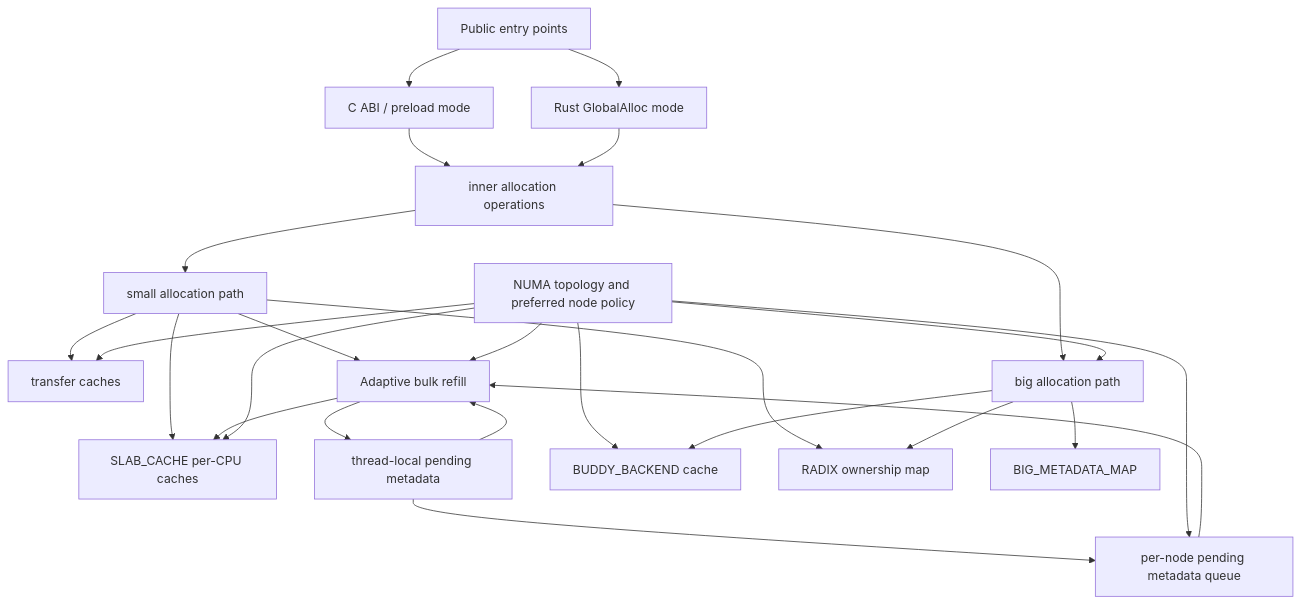
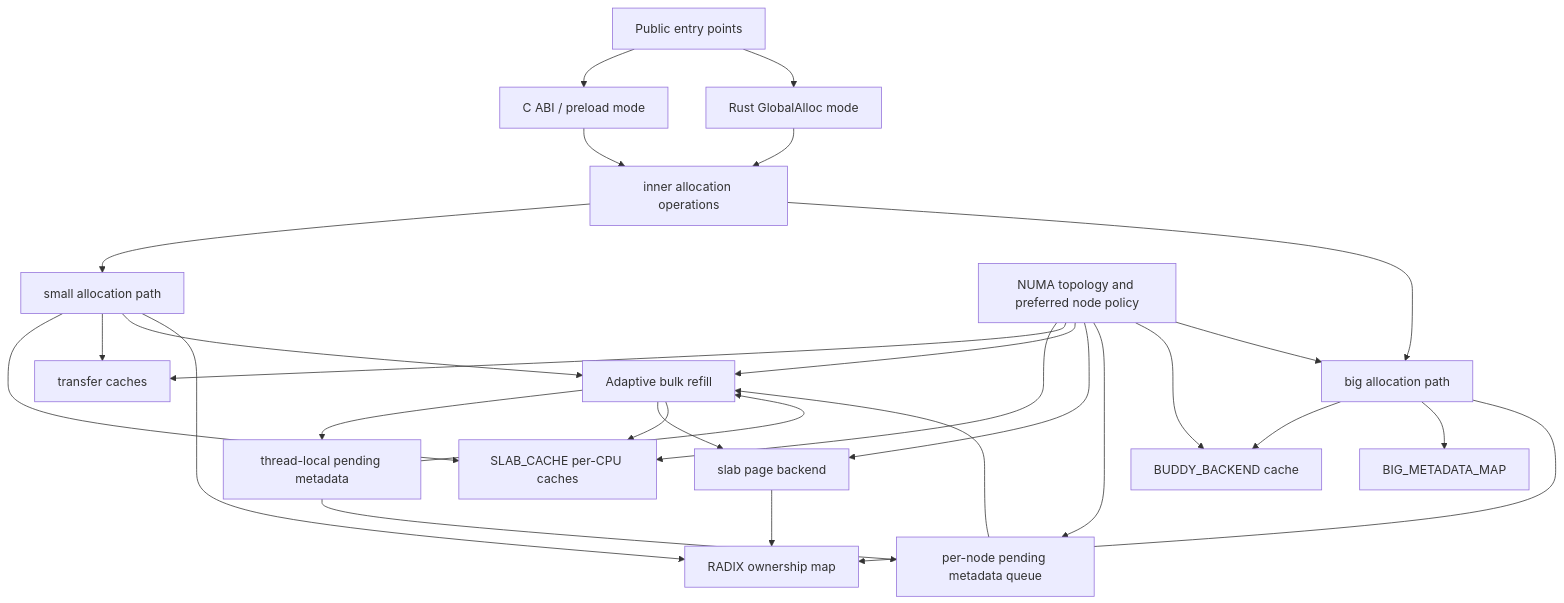
The first of 4 diagrams in architecture.md (Metehan120/rsmalloc), drawn with Mermaid before and after one commit. The commit also changed other lines of this file and 4 other files, not shown here.

Commit message:
no huge page option for page backend

````diff
--- a/architecture.md
+++ b/architecture.md
@@ -17,43 +17,47 @@
 ```mermaid
 flowchart TD
     API[Public entry points]
     ABI[C ABI / preload mode]
     GLOBAL[Rust GlobalAlloc mode]
     INNER[inner allocation operations]
     SMALL[small allocation path]
     RSEQ[SLAB_CACHE per-CPU caches]
     TRANSFER[transfer caches]
     REFILL[Adaptive bulk refill]
+    PAGE[slab page backend]
     PENDING[per-node pending metadata queue]
     TLS[thread-local pending metadata]
     NUMA[NUMA topology and preferred node policy]
     BIG[big allocation path]
     BUDDY[BUDDY_BACKEND cache]
     RADIX[RADIX ownership map]
     MAP[BIG_METADATA_MAP]
 
     API --> ABI
     API --> GLOBAL
     ABI --> INNER
     GLOBAL --> INNER
     INNER --> SMALL
     INNER --> BIG
     SMALL --> RSEQ
     SMALL --> TRANSFER
     SMALL --> REFILL
     REFILL --> TLS
+    REFILL --> PAGE
     TLS --> REFILL
     TLS --> PENDING
     PENDING --> REFILL
     REFILL --> RSEQ
+    PAGE --> RADIX
     NUMA --> RSEQ
     NUMA --> TRANSFER
     NUMA --> REFILL
+    NUMA --> PAGE
     NUMA --> PENDING
     NUMA --> BUDDY
     NUMA --> BIG
     BIG --> BUDDY
     BIG --> MAP
     SMALL --> RADIX
     BIG --> RADIX
 ```
````
